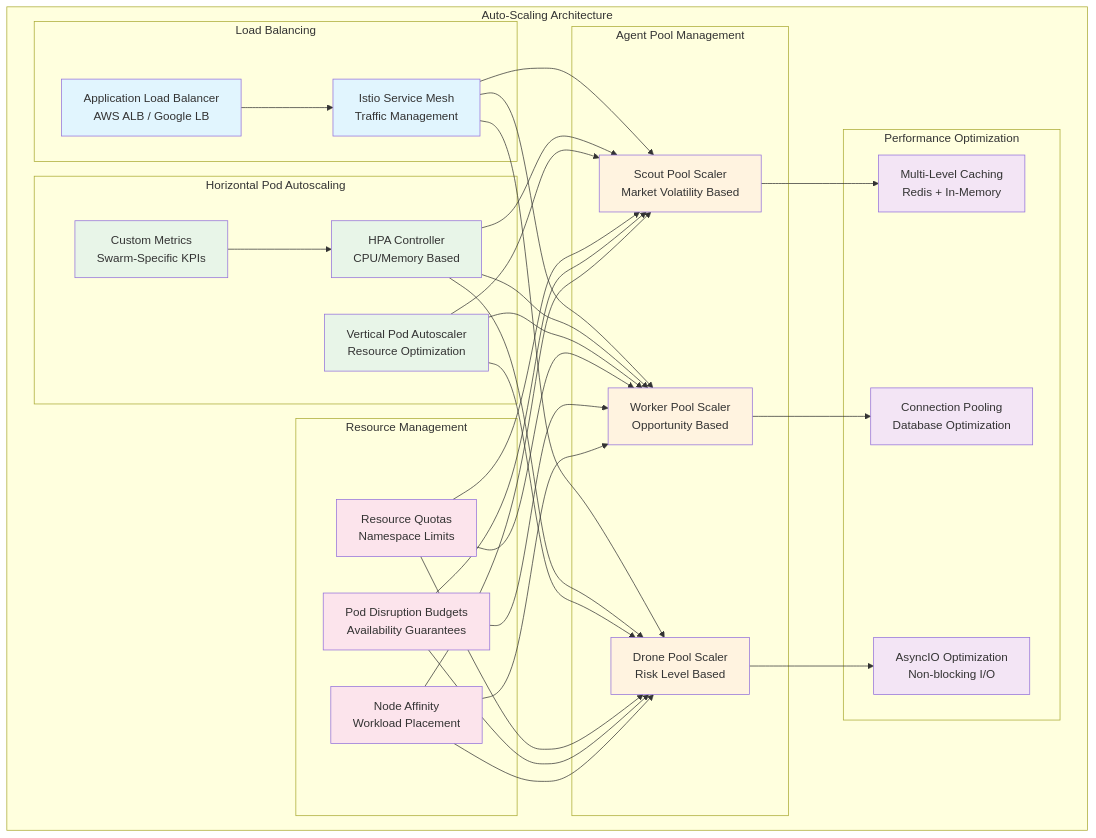
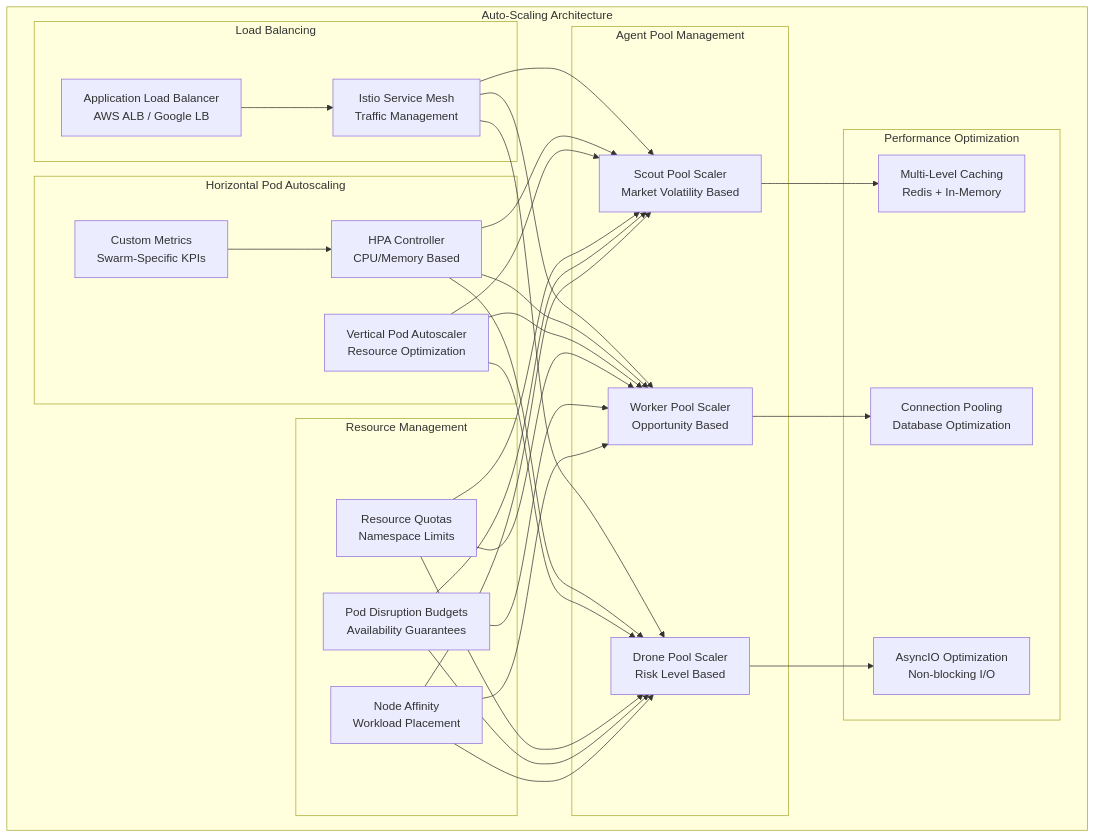
One commit to petewilburn/Python-Programs-for-Fun-and-Education changed the sixth of 12 diagrams in src/Python_Programs/Hierarchical_Swarm_Enterprise_Architecture.md. Above: the diagram before and after it, drawn with Mermaid. The commit also changed other lines of this file and 3 other files, not shown here.

Commit message:
Remove all Mermaid styling for better dark mode compatibility

````diff
--- a/src/Python_Programs/Hierarchical_Swarm_Enterprise_Architecture.md
+++ b/src/Python_Programs/Hierarchical_Swarm_Enterprise_Architecture.md
@@ -504,80 +452,69 @@
 ```mermaid
 graph TB
     subgraph "Auto-Scaling Architecture"
         subgraph "Load Balancing"
             ALB[Application Load Balancer<br/>AWS ALB / Google LB]
             ServiceMesh[Istio Service Mesh<br/>Traffic Management]
         end
         
         subgraph "Horizontal Pod Autoscaling"
             HPA[HPA Controller<br/>CPU/Memory Based]
             CustomMetrics[Custom Metrics<br/>Swarm-Specific KPIs]
             VPA[Vertical Pod Autoscaler<br/>Resource Optimization]
         end
         
         subgraph "Agent Pool Management"
             ScoutScaler[Scout Pool Scaler<br/>Market Volatility Based]
             WorkerScaler[Worker Pool Scaler<br/>Opportunity Based]
             DroneScaler[Drone Pool Scaler<br/>Risk Level Based]
         end
         
         subgraph "Performance Optimization"
             Caching[Multi-Level Caching<br/>Redis + In-Memory]
             ConnPooling[Connection Pooling<br/>Database Optimization]
             AsyncIO[AsyncIO Optimization<br/>Non-blocking I/O]
         end
         
         subgraph "Resource Management"
             ResourceQuotas[Resource Quotas<br/>Namespace Limits]
             PodDisruption[Pod Disruption Budgets<br/>Availability Guarantees]
             NodeAffinity[Node Affinity<br/>Workload Placement]
         end
     end
     
     %% Load balancing flow
     ALB --> ServiceMesh
     ServiceMesh --> ScoutScaler
     ServiceMesh --> WorkerScaler
     ServiceMesh --> DroneScaler
     
     %% Autoscaling connections
     HPA --> ScoutScaler
     HPA --> WorkerScaler
     HPA --> DroneScaler
     
     CustomMetrics --> HPA
     VPA --> ScoutScaler
     VPA --> WorkerScaler
     VPA --> DroneScaler
     
     %% Performance connections
     ScoutScaler --> Caching
     WorkerScaler --> ConnPooling
     DroneScaler --> AsyncIO
     
     %% Resource management
     ResourceQuotas --> ScoutScaler
     ResourceQuotas --> WorkerScaler
     ResourceQuotas --> DroneScaler
     
     PodDisruption --> ScoutScaler
     PodDisruption --> WorkerScaler
     PodDisruption --> DroneScaler
     
     NodeAffinity --> ScoutScaler
     NodeAffinity --> WorkerScaler
     NodeAffinity --> DroneScaler
     
     %% Styling
-    classDef lb fill:#e1f5fe
-    classDef scaling fill:#e8f5e8
-    classDef agent fill:#fff3e0
-    classDef perf fill:#f3e5f5
-    classDef resource fill:#fce4ec
-    
-    class ALB,ServiceMesh lb
-    class HPA,CustomMetrics,VPA scaling
-    class ScoutScaler,WorkerScaler,DroneScaler agent
-    class Caching,ConnPooling,AsyncIO perf
-    class ResourceQuotas,PodDisruption,NodeAffinity resource
 ```
````
